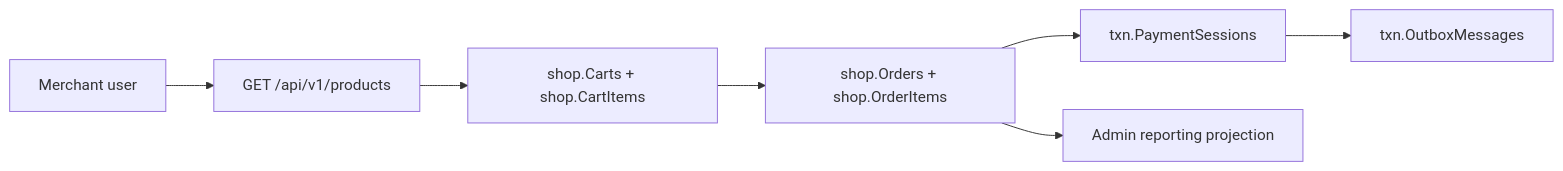
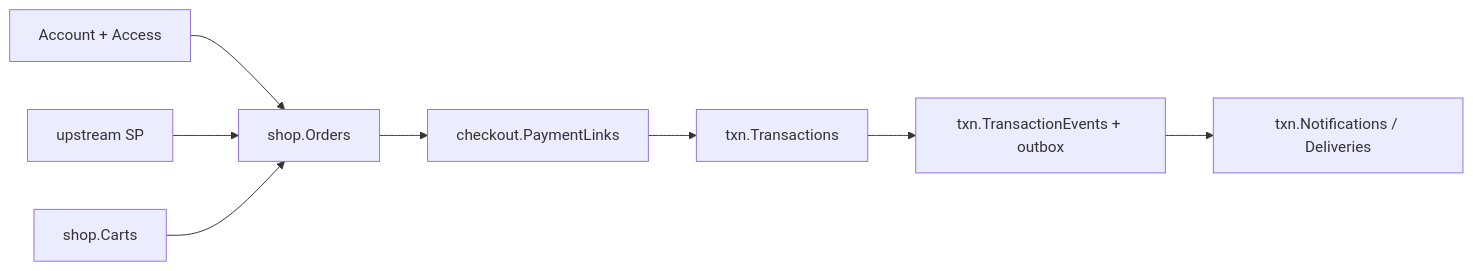
Before and after one commit to metrodiesign/pol-core: the first of 2 diagrams in docs/reference/merchant-commerce-payment-erd-revised-kyc-simplified.md, drawn with Mermaid. The commit also changed other lines of this file and 15 other files, not shown here.

````diff
--- a/docs/reference/merchant-commerce-payment-erd-revised-kyc-simplified.md
+++ b/docs/reference/merchant-commerce-payment-erd-revised-kyc-simplified.md
@@ -7,9 +7,10 @@
 ```mermaid
 flowchart LR
-    A["Merchant user"] --> P["GET /api/v1/products"]
-    P --> C["shop.Carts + shop.CartItems"]
-    C --> O["shop.Orders + shop.OrderItems"]
-    O --> S["txn.PaymentSessions"]
-    S --> E["txn.OutboxMessages"]
-    O --> R["Admin reporting projection"]
+    I["Account + Access"] --> O["shop.Orders"]
+    P["upstream SP"] --> O
+    O --> L["checkout.PaymentLinks"]
+    L --> T["txn.Transactions"]
+    T --> E["txn.TransactionEvents + outbox"]
+    E --> N["txn.Notifications / Deliveries"]
+    C["shop.Carts"] --> O
 ```
````
